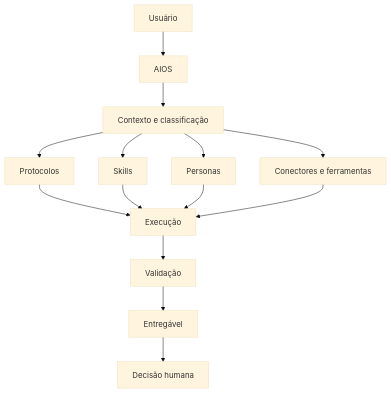
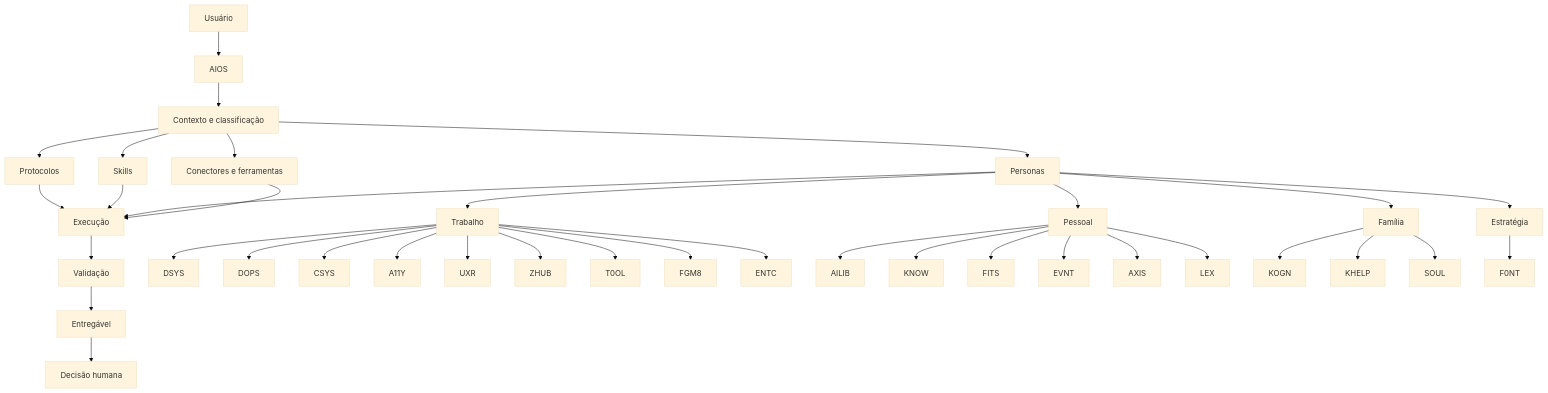
Before and after one commit to victorsmelo/aios-vmelo: the diagram in docs/aios-persona-map.md, drawn with Mermaid (base theme).

Commit message:
fix: restore persona identifiers in system map

````diff
--- a/docs/aios-persona-map.md
+++ b/docs/aios-persona-map.md
@@ -5,16 +5,40 @@
 ```mermaid
 flowchart TD
   U[Usuário] --> A[AIOS]
   A --> C[Contexto e classificação]
   C --> P[Protocolos]
   C --> S[Skills]
   C --> D[Personas]
   C --> T[Conectores e ferramentas]
   P --> X[Execução]
   S --> X
   D --> X
   T --> X
   X --> V[Validação]
   V --> O[Entregável]
   O --> H[Decisão humana]
+
+  D --> W[Trabalho]
+  D --> PE[Pessoal]
+  D --> F[Família]
+  D --> E[Estratégia]
+  W --> DSYS[DSYS]
+  W --> DOPS[DOPS]
+  W --> CSYS[CSYS]
+  W --> A11Y[A11Y]
+  W --> UXR[UXR]
+  W --> ZHUB[ZHUB]
+  W --> T0OL[T0OL]
+  W --> FGM8[FGM8]
+  W --> ENTC[ENTC]
+  PE --> AILIB[AILIB]
+  PE --> KNOW[KNOW]
+  PE --> FITS[FITS]
+  PE --> EVNT[EVNT]
+  PE --> AXIS[AXIS]
+  PE --> LEX[LEX]
+  F --> KOGN[KOGN]
+  F --> KHELP[KHELP]
+  F --> SOUL[SOUL]
+  E --> F0NT[F0NT]
 ```
````
